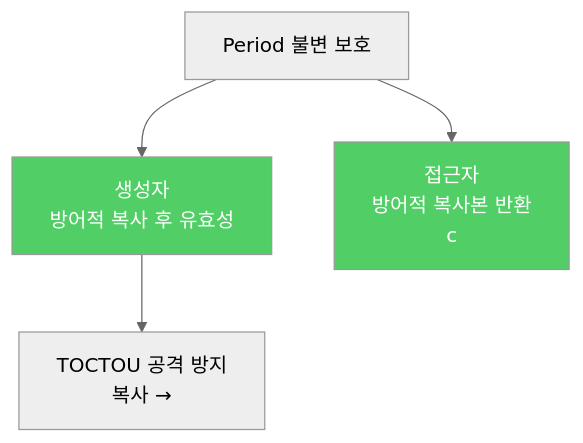
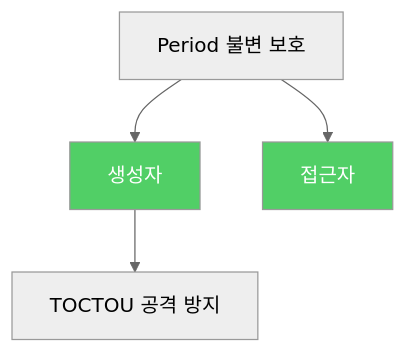
One commit to yjkim2015/yjkim2015.github.io changed the diagram in _posts/java/2022-02-03-effective-java50.md. Above: the diagram before and after it, drawn with Mermaid (neutral theme). The commit also changed 217 other files, not shown here.

First line of the commit message:
Mermaid 크기 수정: useMaxWidth:true + SVG max-width:100% + 라벨 축소

````diff
--- a/_posts/java/2022-02-03-effective-java50.md
+++ b/_posts/java/2022-02-03-effective-java50.md
@@ -82,8 +82,8 @@
 ```mermaid
 graph TD
-    A["Period 불변 보호"] --> B["생성자\n방어적 복사 후 유효성"]
-    A --> C["접근자\n방어적 복사본 반환\nc"]
-    B --> D["TOCTOU 공격 방지\n복사 →"]
+    A["Period 불변 보호"] --> B["생성자"]
+    A --> C["접근자"]
+    B --> D["TOCTOU 공격 방지"]
     style B fill:#51cf66,color:#fff
     style C fill:#51cf66,color:#fff
 ```
````
